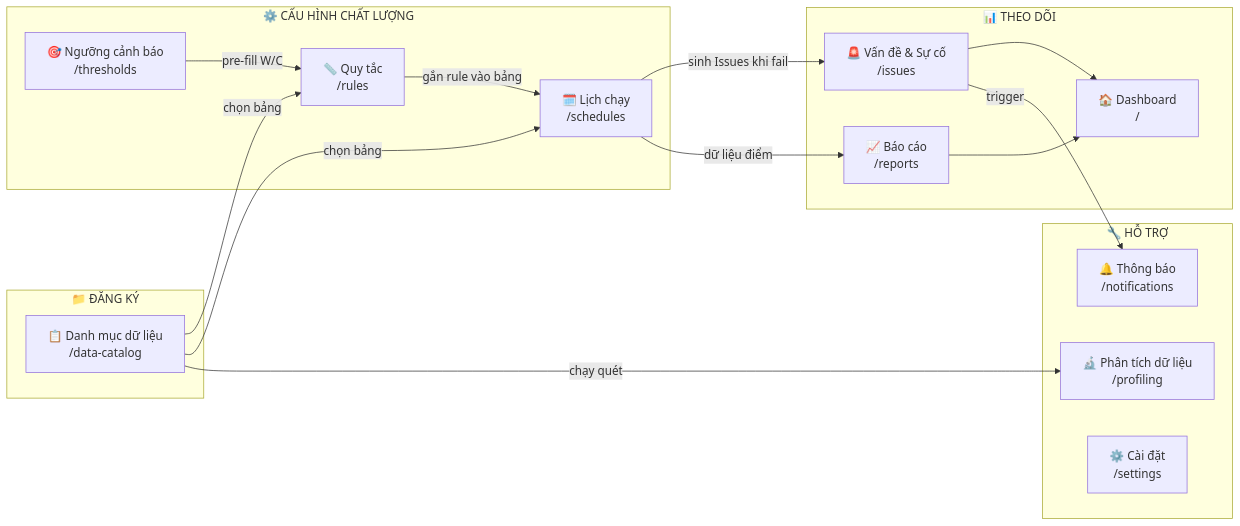
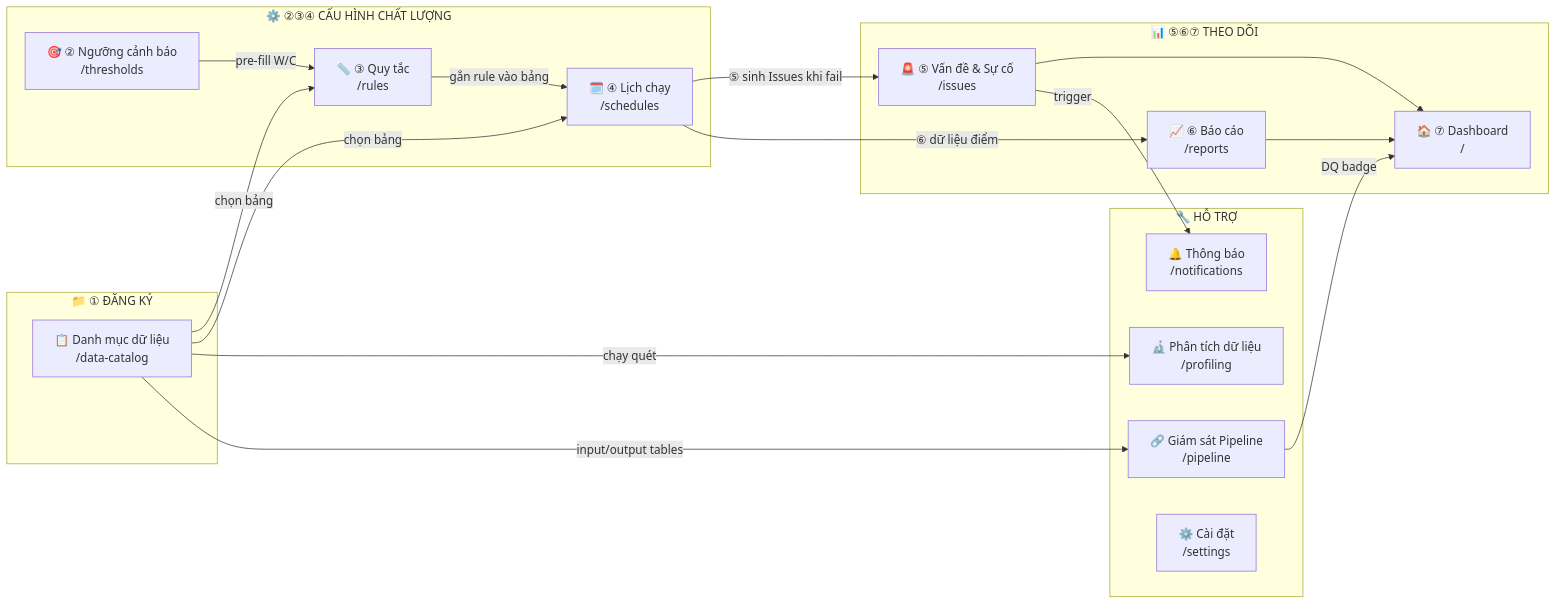
The first of 3 diagrams in HDSD.md (Khoileee/dataquality), drawn with Mermaid before and after one commit. The commit also changed other lines of this file and 7 other files, not shown here.

````diff
--- a/HDSD.md
+++ b/HDSD.md
@@ -78,35 +81,38 @@
 ```mermaid
 flowchart LR
-  subgraph reg ["📁 ĐĂNG KÝ"]
+  subgraph reg ["📁 ① ĐĂNG KÝ"]
     DC["📋 Danh mục dữ liệu\n/data-catalog"]
   end
 
-  subgraph cfg ["⚙️ CẤU HÌNH CHẤT LƯỢNG"]
-    TH["🎯 Ngưỡng cảnh báo\n/thresholds"]
-    RU["📏 Quy tắc\n/rules"]
-    SC["🗓️ Lịch chạy\n/schedules"]
+  subgraph cfg ["⚙️ ②③④ CẤU HÌNH CHẤT LƯỢNG"]
+    TH["🎯 ② Ngưỡng cảnh báo\n/thresholds"]
+    RU["📏 ③ Quy tắc\n/rules"]
+    SC["🗓️ ④ Lịch chạy\n/schedules"]
     TH -->|"pre-fill W/C"| RU
     DC -->|"chọn bảng"| RU
     RU -->|"gắn rule vào bảng"| SC
     DC -->|"chọn bảng"| SC
   end
 
-  subgraph mon ["📊 THEO DÕI"]
-    IS["🚨 Vấn đề & Sự cố\n/issues"]
-    RP["📈 Báo cáo\n/reports"]
-    DB["🏠 Dashboard\n/"]
+  subgraph mon ["📊 ⑤⑥⑦ THEO DÕI"]
+    IS["🚨 ⑤ Vấn đề & Sự cố\n/issues"]
+    RP["📈 ⑥ Báo cáo\n/reports"]
+    DB["🏠 ⑦ Dashboard\n/"]
   end
 
   subgraph sup ["🔧 HỖ TRỢ"]
     PR["🔬 Phân tích dữ liệu\n/profiling"]
+    PM["🔗 Giám sát Pipeline\n/pipeline"]
     NT["🔔 Thông báo\n/notifications"]
     ST["⚙️ Cài đặt\n/settings"]
   end
 
-  SC -->|"sinh Issues khi fail"| IS
-  SC -->|"dữ liệu điểm"| RP
+  SC -->|"⑤ sinh Issues khi fail"| IS
+  SC -->|"⑥ dữ liệu điểm"| RP
   IS --> DB
   RP --> DB
   DC -->|"chạy quét"| PR
+  DC -->|"input/output tables"| PM
+  PM -->|"DQ badge"| DB
   IS -->|"trigger"| NT
 ```
````
